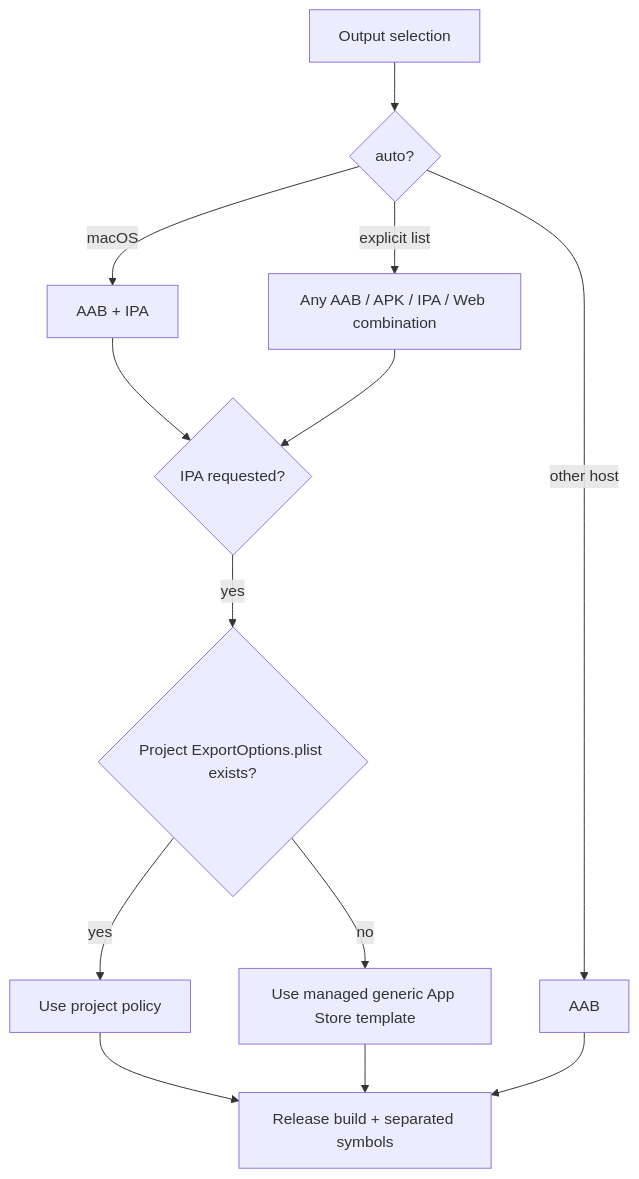
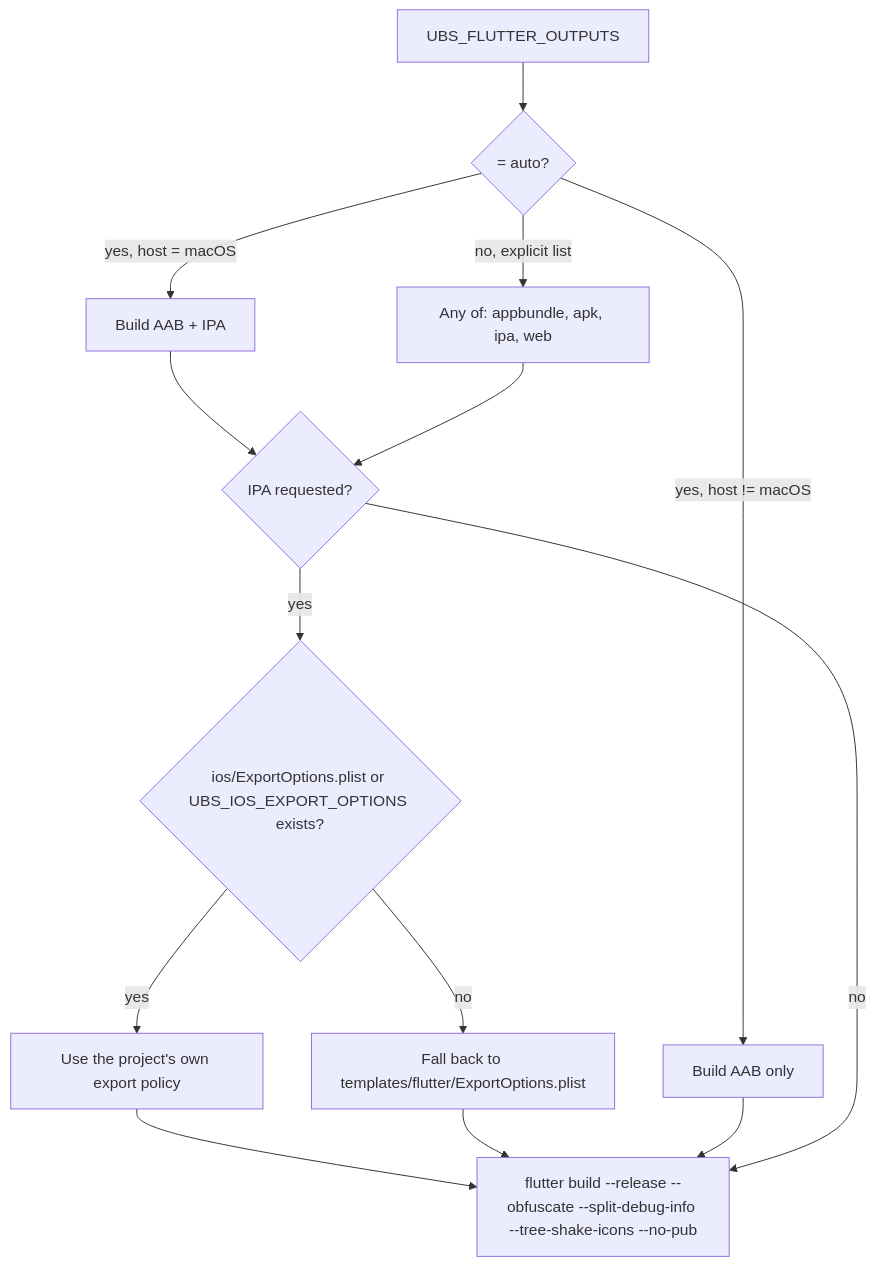
Before and after one commit to Claude-Personal/ubs: the sixth of 10 diagrams in README.en.md, drawn with Mermaid. The commit also changed other lines of this file, not shown here.

First line of the commit message:
docs(readme): rewrite English README with verified architecture, publish workflow, and security details

````diff
--- a/README.en.md
+++ b/README.en.md
@@ -238,15 +296,16 @@
 ```mermaid
 flowchart TD
-    S["Output selection"] --> A{"auto?"}
-    A -->|"macOS"| MI["AAB + IPA"]
-    A -->|"other host"| AN["AAB"]
-    A -->|"explicit list"| E["Any AAB / APK / IPA / Web combination"]
-    MI --> I{"IPA requested?"}
-    E --> I
-    I -->|"yes"| P{"Project ExportOptions.plist exists?"}
-    P -->|"yes"| O["Use project policy"]
-    P -->|"no"| T["Use managed generic App Store template"]
-    O --> B["Release build + separated symbols"]
-    T --> B
-    AN --> B
+    S["UBS_FLUTTER_OUTPUTS"] --> Auto{"= auto?"}
+    Auto -->|"yes, host = macOS"| MacOut["Build AAB + IPA"]
+    Auto -->|"yes, host != macOS"| OtherOut["Build AAB only"]
+    Auto -->|"no, explicit list"| ExOut["Any of: appbundle, apk, ipa, web"]
+    MacOut --> IpaCheck{"IPA requested?"}
+    ExOut --> IpaCheck
+    IpaCheck -->|yes| Plist{"ios/ExportOptions.plist or UBS_IOS_EXPORT_OPTIONS exists?"}
+    Plist -->|yes| Own["Use the project's own export policy"]
+    Plist -->|no| Tmpl["Fall back to templates/flutter/ExportOptions.plist"]
+    Own --> Rel["flutter build --release --obfuscate --split-debug-info --tree-shake-icons --no-pub"]
+    Tmpl --> Rel
+    OtherOut --> Rel
+    IpaCheck -->|no| Rel
 ```
````
